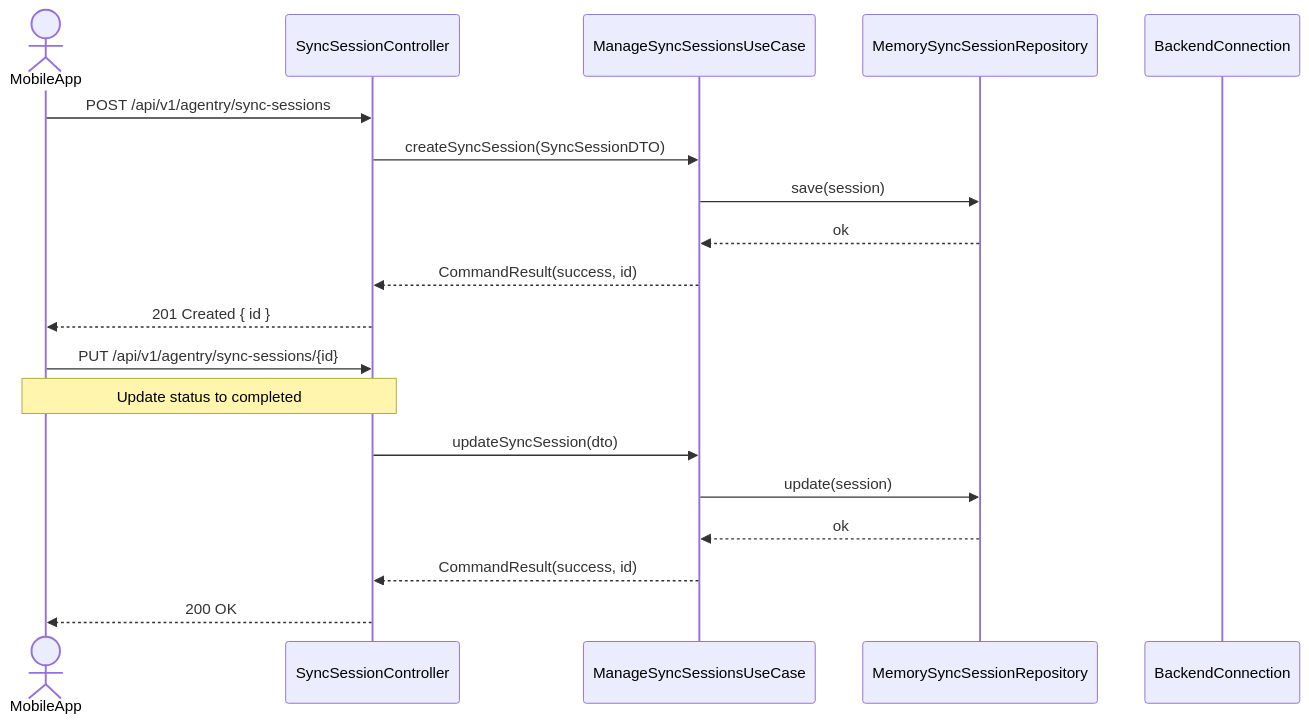
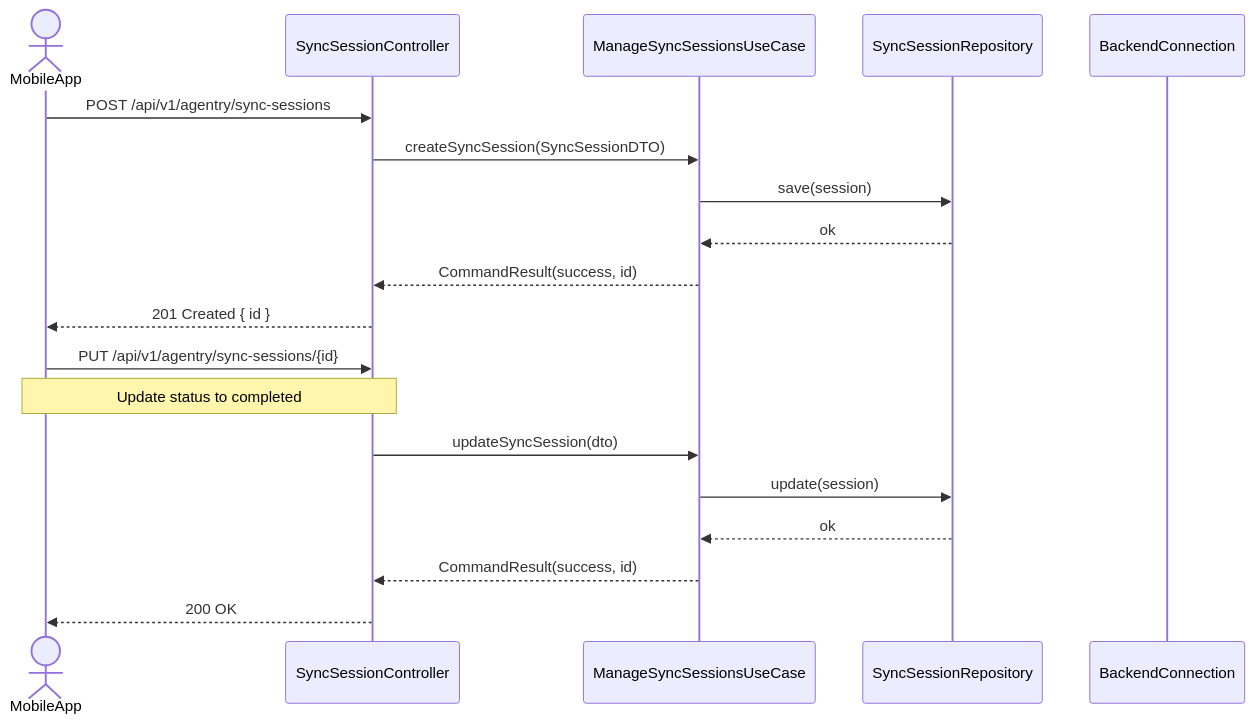
Before and after one commit to UIMSolutions/uim-platform: the fourth of 6 diagrams in agentry/UML.md, drawn with Mermaid. The commit also changed other lines of this file and 17 other files, not shown here.

````diff
--- a/agentry/UML.md
+++ b/agentry/UML.md
@@ -143,23 +143,23 @@
 ```mermaid
 sequenceDiagram
     actor MobileApp
     participant SC as SyncSessionController
     participant UC as ManageSyncSessionsUseCase
-    participant R as MemorySyncSessionRepository
+    participant R as SyncSessionRepository
     participant BC as BackendConnection
 
     MobileApp->>SC: POST /api/v1/agentry/sync-sessions
     SC->>UC: createSyncSession(SyncSessionDTO)
     UC->>R: save(session)
     R-->>UC: ok
     UC-->>SC: CommandResult(success, id)
     SC-->>MobileApp: 201 Created { id }
 
     MobileApp->>SC: PUT /api/v1/agentry/sync-sessions/{id}
     note over MobileApp,SC: Update status to completed
     SC->>UC: updateSyncSession(dto)
     UC->>R: update(session)
     R-->>UC: ok
     UC-->>SC: CommandResult(success, id)
     SC-->>MobileApp: 200 OK
 ```
````
